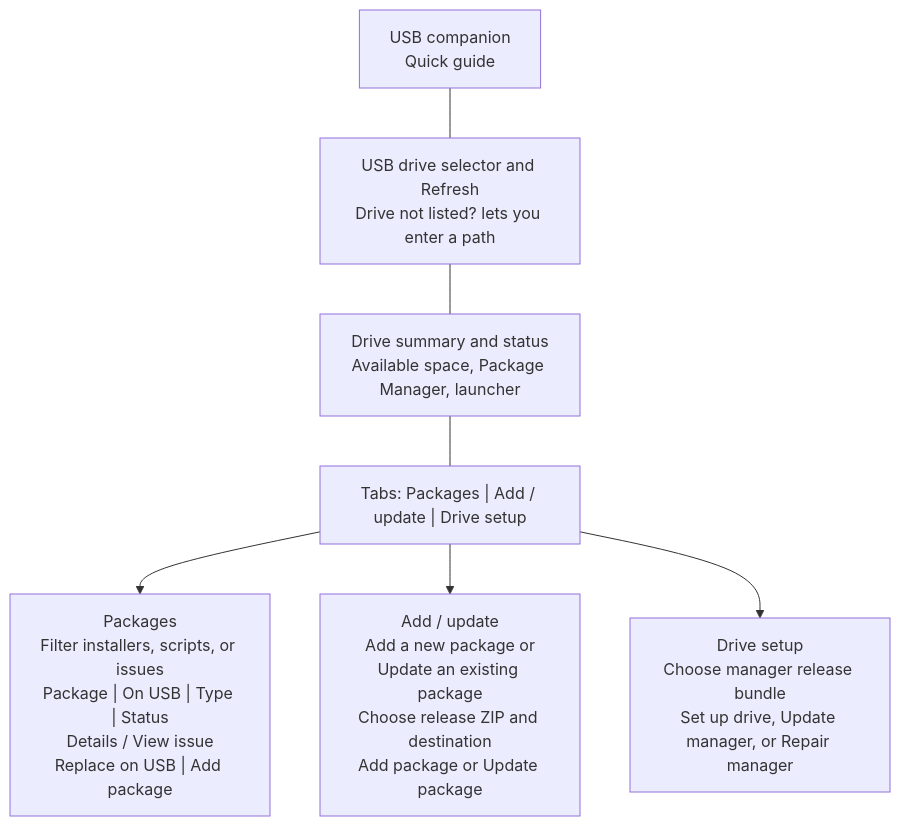
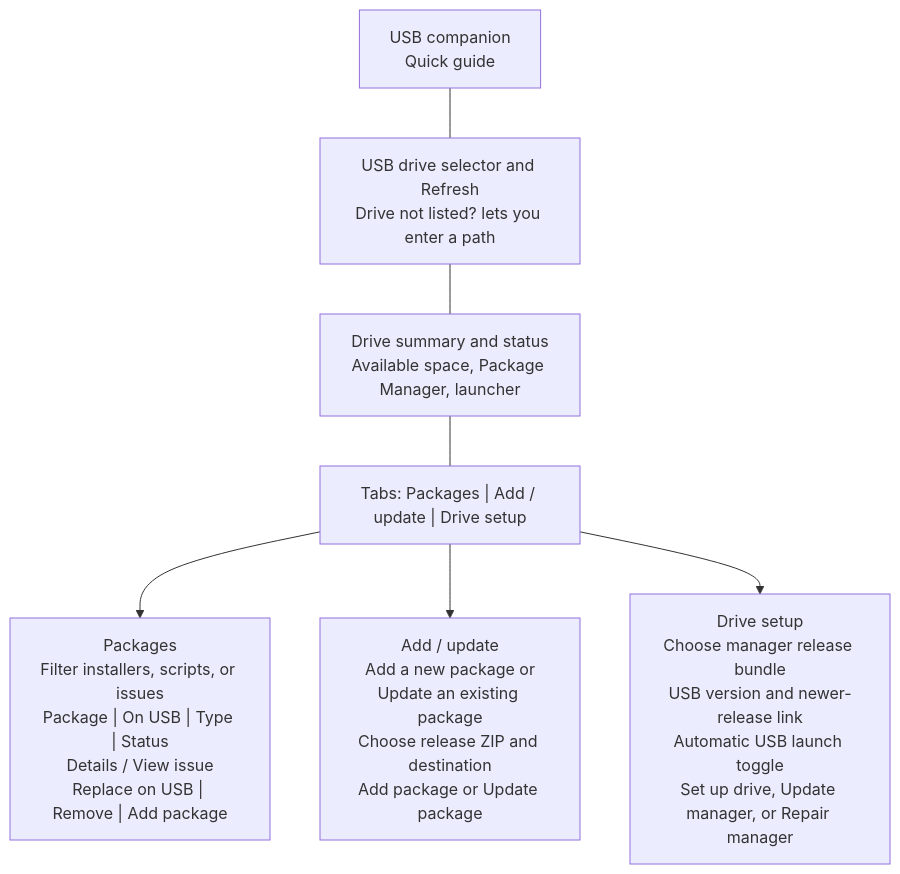
Before and after one commit to hmason55/nemesis-package-manager: the second of 9 diagrams in docs/WORKFLOW-REFERENCE.md, drawn with Mermaid. The commit also changed other lines of this file and 43 other files, not shown here.

Commit message:
Add companion USB controls and simplify contextual package actions

````diff
--- a/docs/WORKFLOW-REFERENCE.md
+++ b/docs/WORKFLOW-REFERENCE.md
@@ -31,11 +31,11 @@
 ```mermaid
 flowchart TB
     header["USB companion<br/>Quick guide"]
     drive["USB drive selector and Refresh<br/>Drive not listed? lets you enter a path"]
     summary["Drive summary and status<br/>Available space, Package Manager, launcher"]
     tabs["Tabs: Packages | Add / update | Drive setup"]
     header --- drive --- summary --- tabs
-    tabs --> packages["Packages<br/>Filter installers, scripts, or issues<br/>Package | On USB | Type | Status<br/>Details / View issue<br/>Replace on USB | Add package"]
+    tabs --> packages["Packages<br/>Filter installers, scripts, or issues<br/>Package | On USB | Type | Status<br/>Details / View issue<br/>Replace on USB | Remove | Add package"]
     tabs --> edit["Add / update<br/>Add a new package or<br/>Update an existing package<br/>Choose release ZIP and destination<br/>Add package or Update package"]
-    tabs --> setup["Drive setup<br/>Choose manager release bundle<br/>Set up drive, Update manager, or Repair manager"]
+    tabs --> setup["Drive setup<br/>Choose manager release bundle<br/>USB version and newer-release link<br/>Automatic USB launch toggle<br/>Set up drive, Update manager, or Repair manager"]
 ```
````
